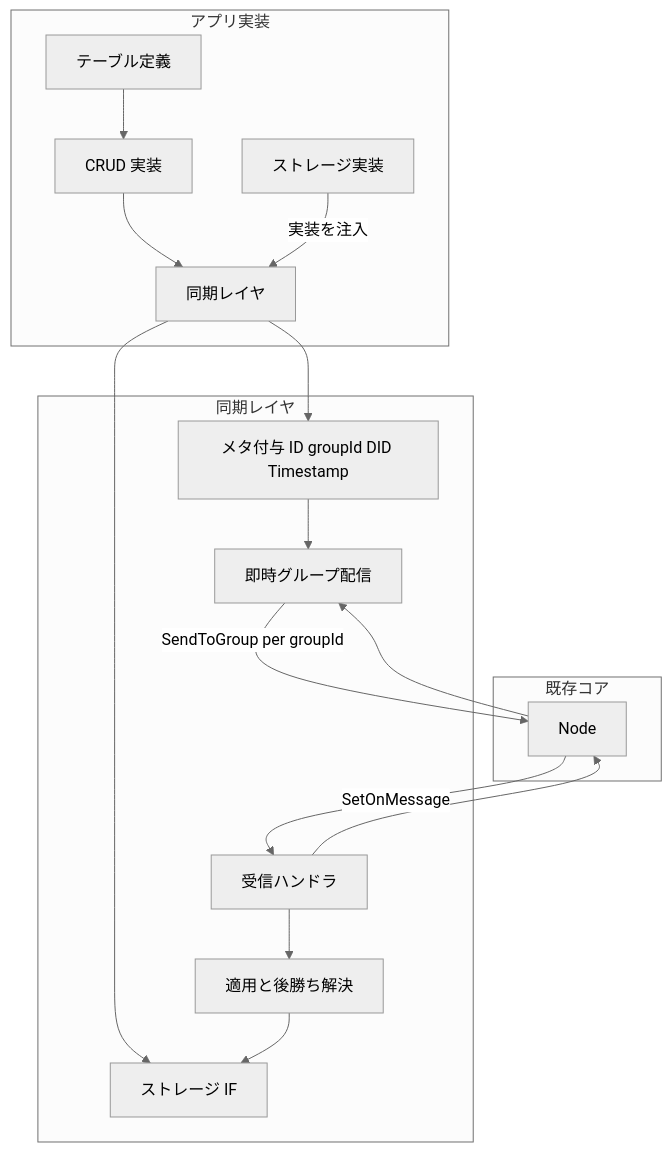
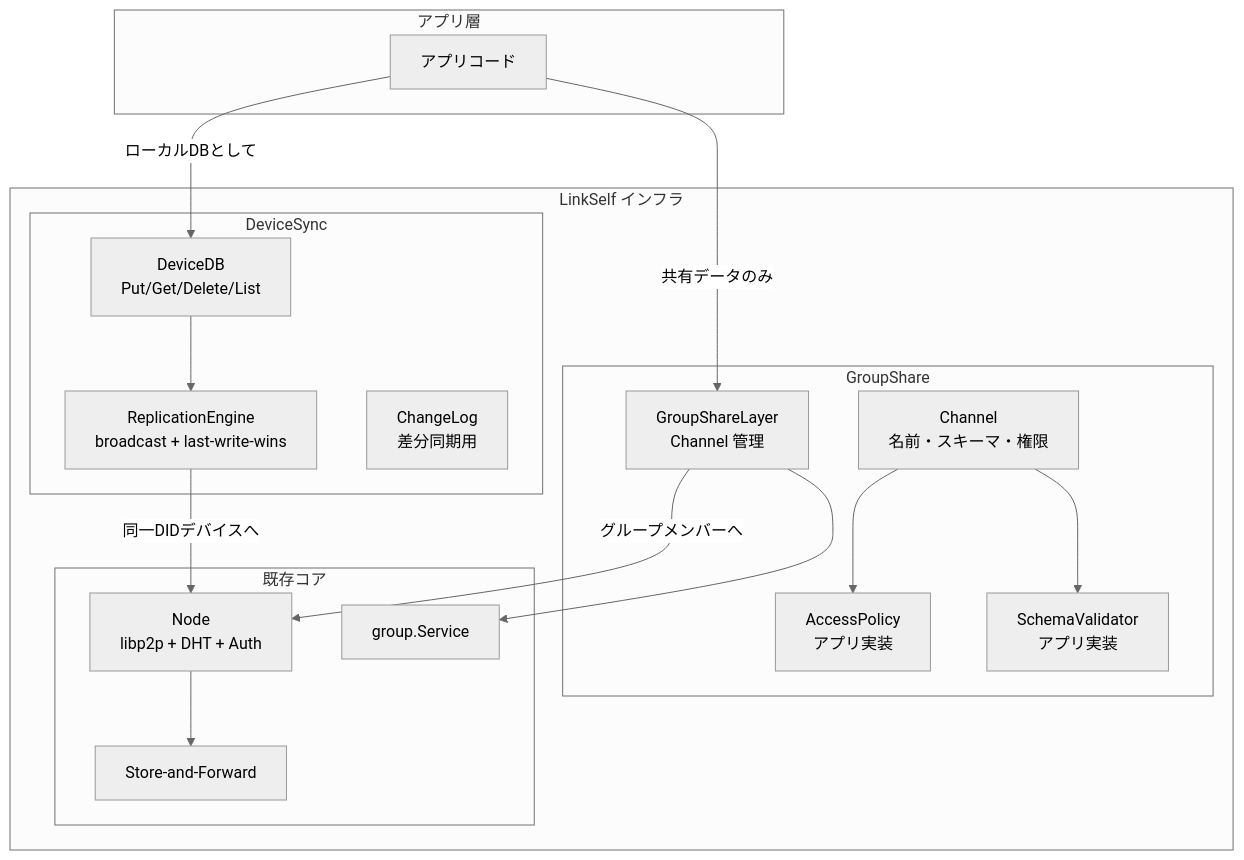
The diagram in docs/sync-db-plan.md (SeijiShii/link-self), drawn with Mermaid (neutral theme) before and after one commit. The commit also changed other lines of this file and 24 other files, not shown here.

First line of the commit message:
Add DeviceSync/GroupShare two-layer architecture with integration tests

````diff
--- a/docs/sync-db-plan.md
+++ b/docs/sync-db-plan.md
@@ -31,30 +64,33 @@
 ```mermaid
 flowchart TB
-  subgraph app [アプリ実装]
-    Tables[テーブル定義]
-    CRUD[CRUD 実装]
-    StorageImpl[ストレージ実装]
-    Tables --> CRUD
-    CRUD --> SyncLayer
-    StorageImpl -->|実装を注入| SyncLayer
+  subgraph app [アプリ層]
+    AppCode[アプリコード]
   end
-  subgraph sync [同期レイヤ]
-    SyncLayer[同期レイヤ]
-    StorageIF[ストレージ IF]
-    Meta[メタ付与 ID groupId DID Timestamp]
-    GroupSend[即時グループ配信]
-    SyncLayer --> StorageIF
-    SyncLayer --> Meta
-    Meta --> GroupSend
-    Recv[受信ハンドラ]
-    Recv --> Apply[適用と後勝ち解決]
-    Apply --> StorageIF
+  subgraph infra [LinkSelf インフラ]
+    subgraph ds [DeviceSync]
+      DeviceDB[DeviceDB<br/>Put/Get/Delete/List]
+      RepEngine[ReplicationEngine<br/>broadcast + last-write-wins]
+      ChangeLog[ChangeLog<br/>差分同期用]
+    end
+    subgraph gs [GroupShare]
+      GSLayer[GroupShareLayer<br/>Channel 管理]
+      Channel[Channel<br/>名前・スキーマ・権限]
+      AccessPolicy[AccessPolicy<br/>アプリ実装]
+      SchemaValidator[SchemaValidator<br/>アプリ実装]
+    end
+    subgraph core [既存コア]
+      Node[Node<br/>libp2p + DHT + Auth]
+      StoreForward[Store-and-Forward]
+      Group[group.Service]
+    end
   end
-  subgraph core [既存コア]
-    Node[Node]
-    Node --> GroupSend
-    Recv --> Node
-  end
-  GroupSend -->|SendToGroup per groupId| Node
-  Node -->|SetOnMessage| Recv
+  AppCode -->|"ローカルDBとして"| DeviceDB
+  AppCode -->|"共有データのみ"| GSLayer
+  DeviceDB --> RepEngine
+  RepEngine -->|"同一DIDデバイスへ"| Node
+  GSLayer -->|"グループメンバーへ"| Node
+  GSLayer --> Group
+  Channel --> AccessPolicy
+  Channel --> SchemaValidator
+  Node --> StoreForward
 ```
````
